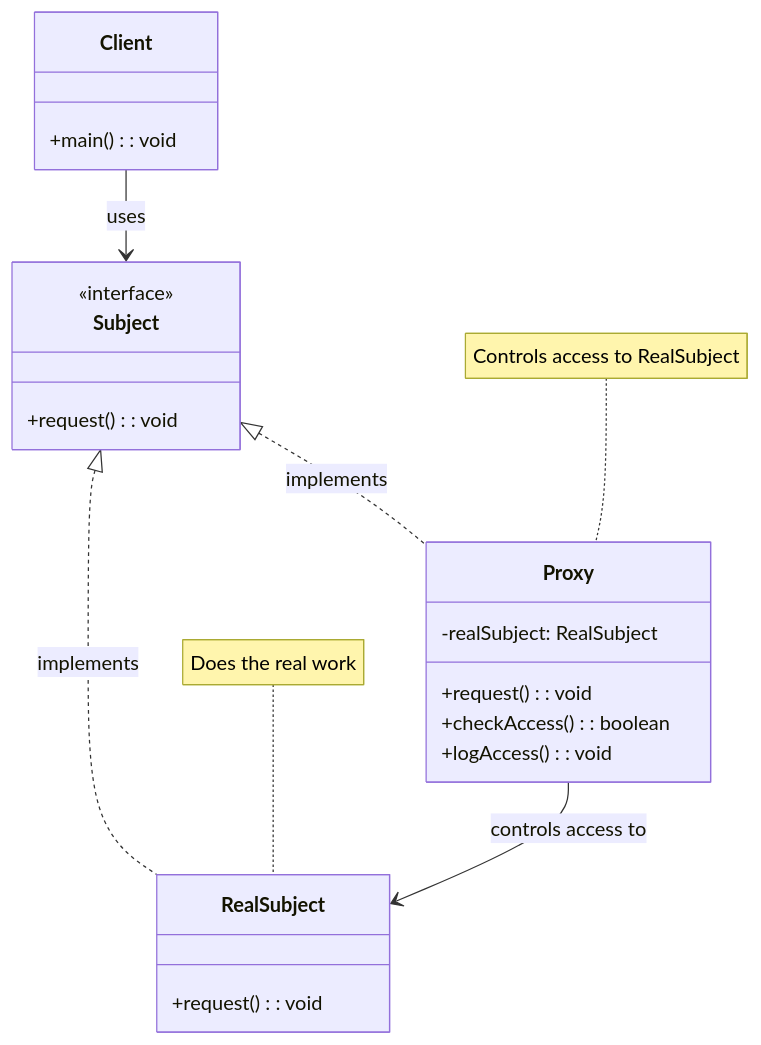
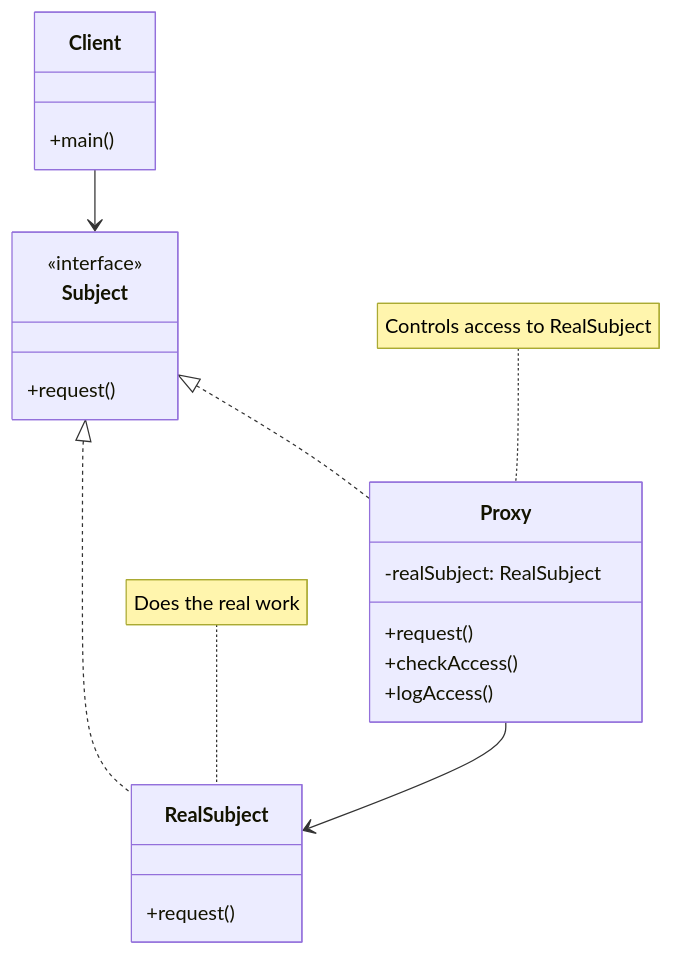
One commit to fanly/DesignPattern changed the first of 3 diagrams in resources/design-patterns/laravel/structural/proxy_en.md. Above: the diagram before and after it, drawn with Mermaid. The commit also changed 103 other files, not shown here.

````diff
--- a/resources/design-patterns/laravel/structural/proxy_en.md
+++ b/resources/design-patterns/laravel/structural/proxy_en.md
@@ -11,30 +11,30 @@
 ```mermaid
 classDiagram
     class Subject {
         <<interface>>
-        +request(): void
+        +request()
     }
     
     class RealSubject {
-        +request(): void
+        +request()
     }
     
     class Proxy {
         -realSubject: RealSubject
-        +request(): void
-        +checkAccess(): boolean
-        +logAccess(): void
+        +request()
+        +checkAccess()
+        +logAccess()
     }
     
     class Client {
-        +main(): void
+        +main()
     }
     
-    Subject <|.. RealSubject : implements
-    Subject <|.. Proxy : implements
-    Proxy --> RealSubject : controls access to
-    Client --> Subject : uses
+    Subject <|.. RealSubject
+    Subject <|.. Proxy
+    Proxy --> RealSubject
+    Client --> Subject
     
     note for Proxy "Controls access to RealSubject"
     note for RealSubject "Does the real work"
 ```
````
